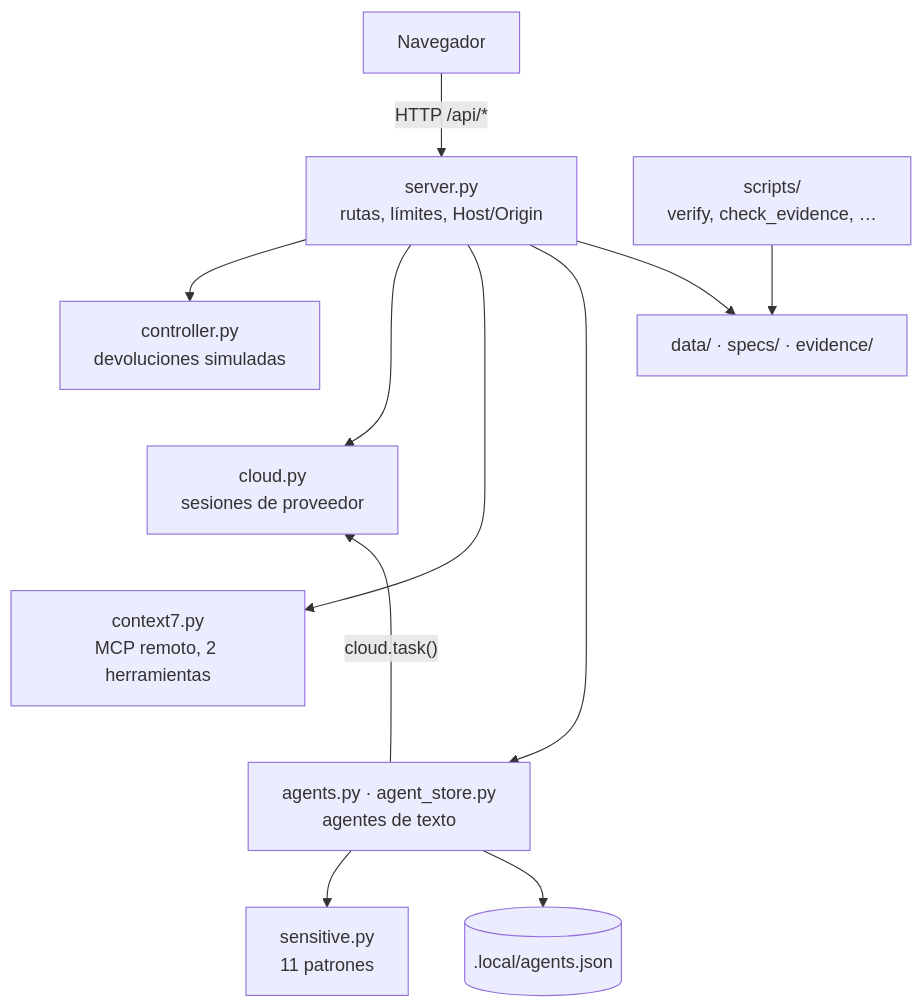
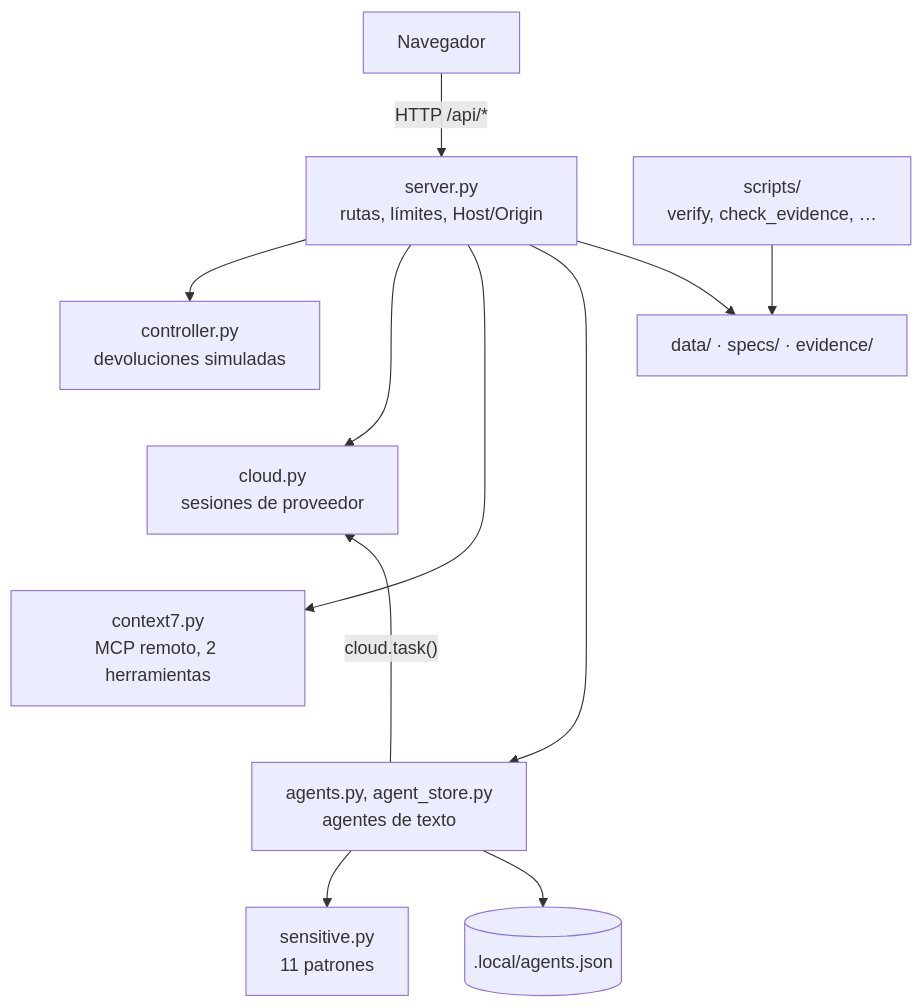
The third of 3 diagrams in docs/book/02-arquitectura.md (marcodiazleon/ai-implementation-lab), drawn with Mermaid before and after one commit. The commit also changed other lines of this file and 5 other files, not shown here.

````diff
--- a/docs/book/02-arquitectura.md
+++ b/docs/book/02-arquitectura.md
@@ -63,16 +63,16 @@
 ```mermaid
 flowchart TB
   JS["Navegador"] -->|"HTTP /api/*"| HS["server.py<br/>rutas, límites, Host/Origin"]
   HS --> CT["controller.py<br/>devoluciones simuladas"]
   CT ~~~ CS["cloud.py<br/>sesiones de proveedor"]
   HS --> CS
   CS ~~~ C7["context7.py<br/>MCP remoto, 2 herramientas"]
   HS --> C7
-  C7 ~~~ AG["agents.py · agent_store.py<br/>agentes de texto"]
+  C7 ~~~ AG["agents.py, agent_store.py<br/>agentes de texto"]
   HS --> AG
   AG --> SE["sensitive.py<br/>11 patrones"]
   AG --> LOC[(".local/agents.json")]
   AG -->|"cloud.task()"| CS
   HS --> D["data/ · specs/ · evidence/"]
   SC["scripts/<br/>verify, check_evidence, …"] --> D
 ```
````
